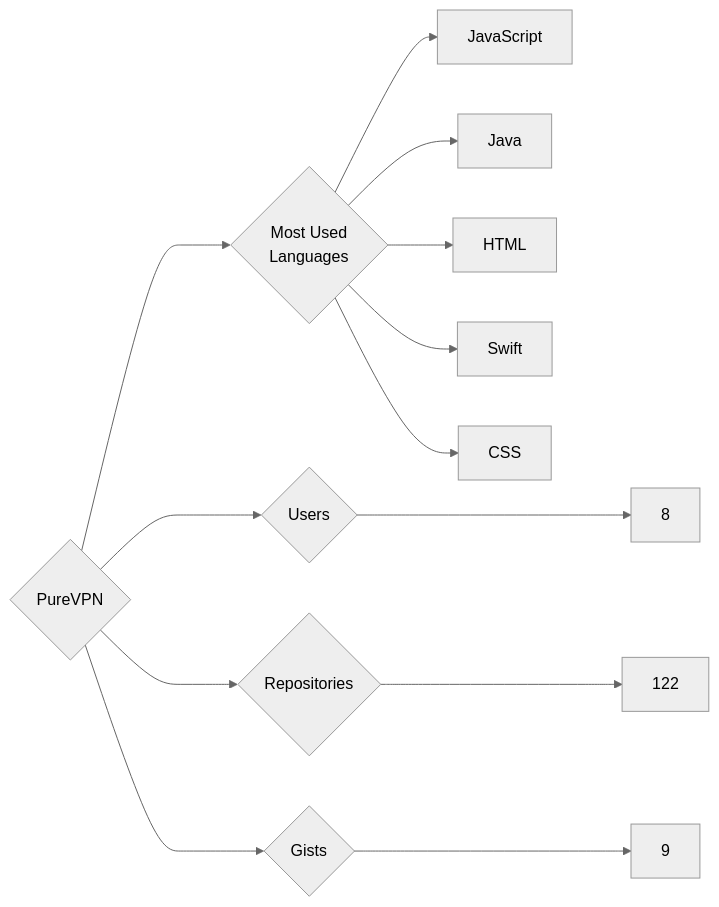
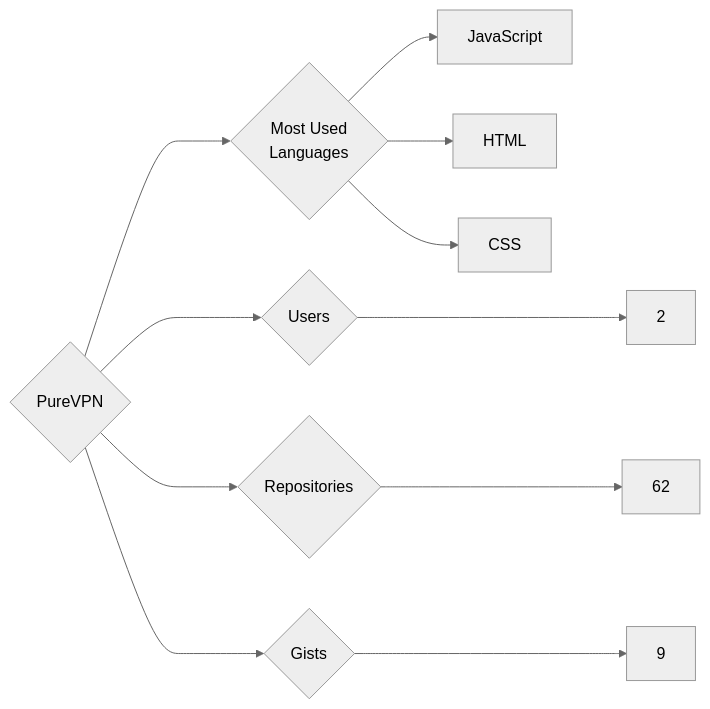
One commit to trickest/insiders changed the diagram in targets/PureVPN/README.md. Above: the diagram before and after it, drawn with Mermaid (neutral theme). The commit also changed 898 other files, not shown here.

````diff
--- a/targets/PureVPN/README.md
+++ b/targets/PureVPN/README.md
@@ -3,13 +3,11 @@
 ```mermaid
 graph LR
 COMPANY_NAME{PureVPN}
-COMPANY_NAME ---> U{Users} ---> UN[8]
-COMPANY_NAME ---> R{Repositories} ---> RN[122]
+COMPANY_NAME ---> U{Users} ---> UN[2]
+COMPANY_NAME ---> R{Repositories} ---> RN[62]
 COMPANY_NAME ---> G{Gists} ---> GN[9]
 COMPANY_NAME ---> ML{Most Used<br>Languages}
 ML --> JavaScript[JavaScript]
-ML --> Java[Java]
 ML --> HTML[HTML]
-ML --> Swift[Swift]
 ML --> CSS[CSS]
 ```
````
